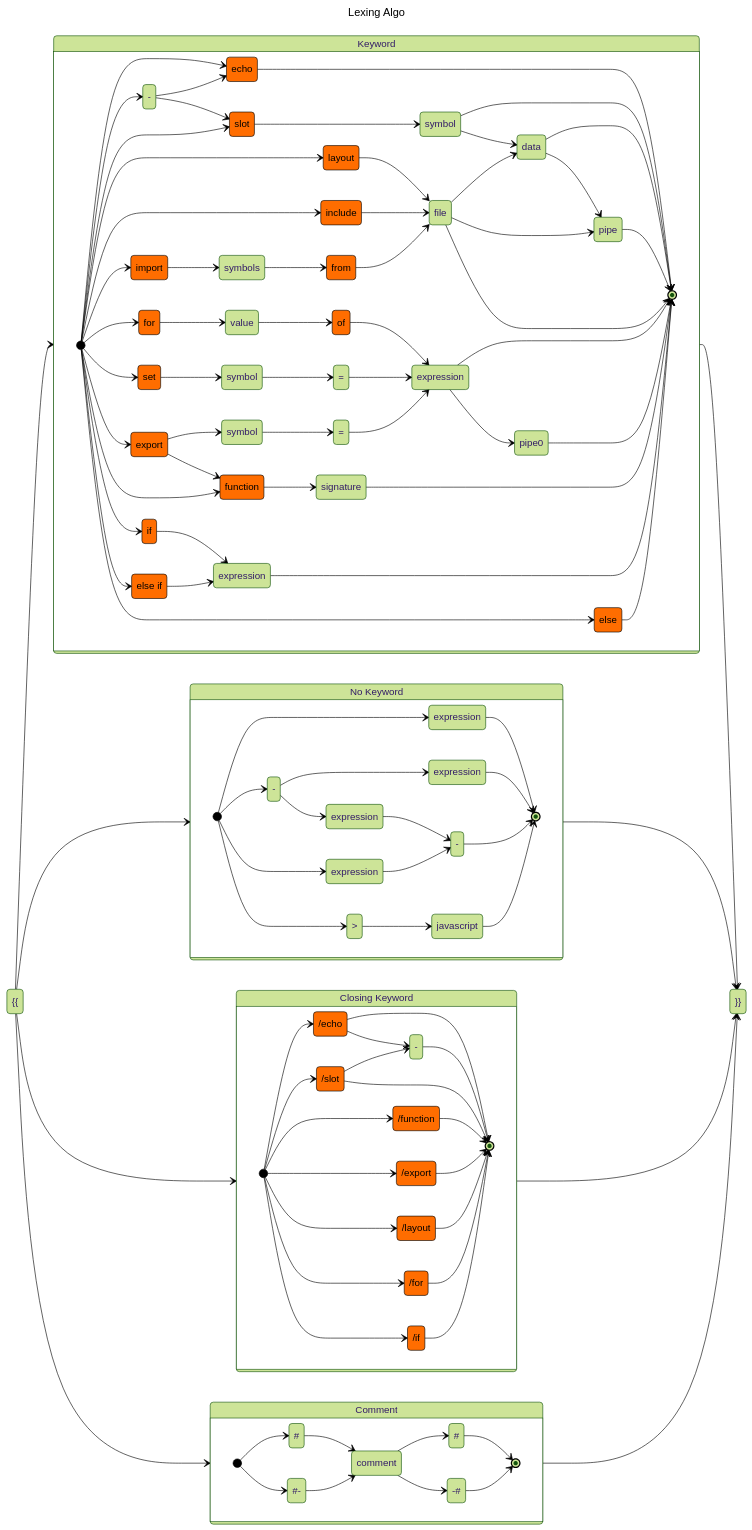
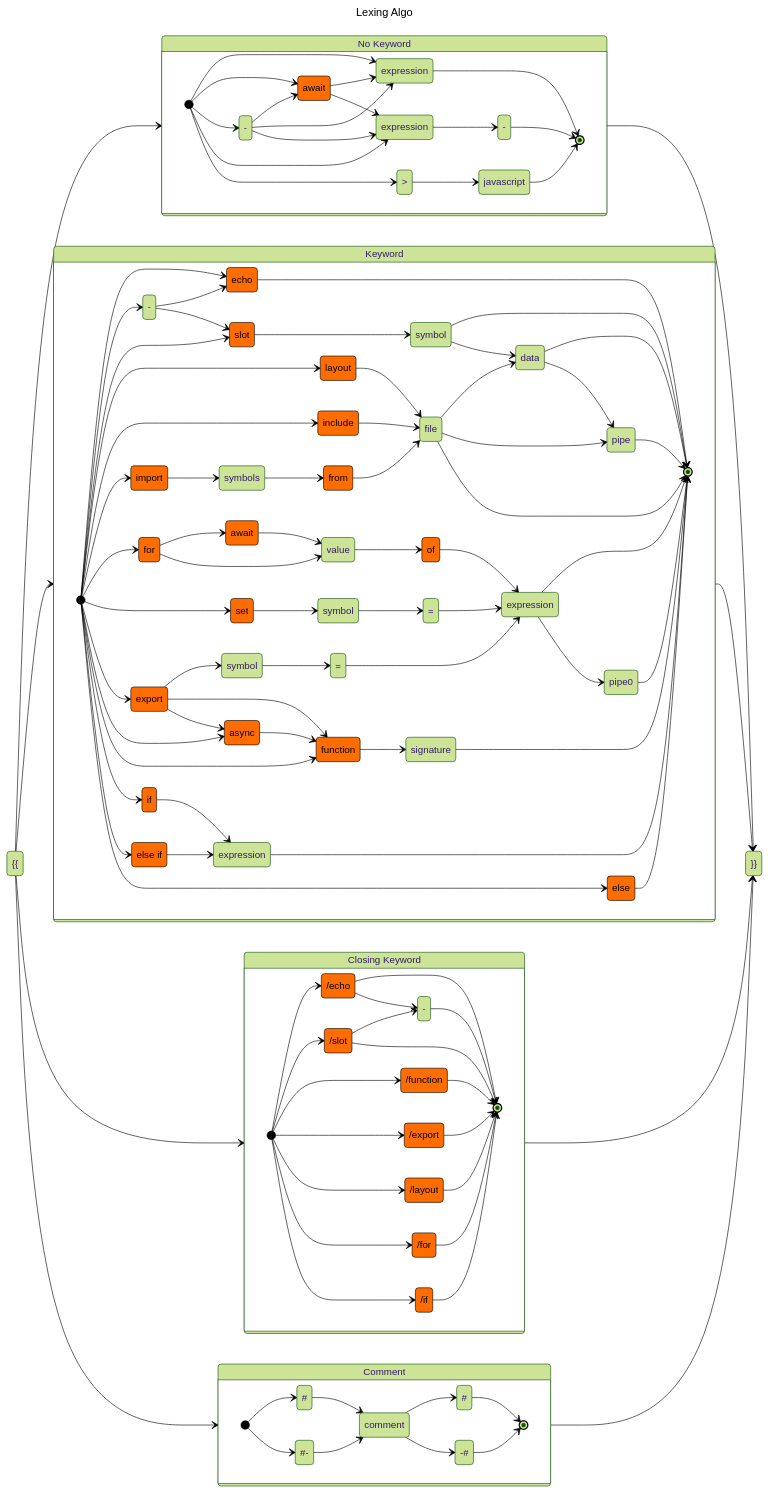
One commit to ventojs/webstorm-vento changed the first of 12 diagrams in statemachine-v2.md. Above: the diagram before and after it, drawn with Mermaid.

Commit message:
chore(docs): add `await` and `async` state transitions and styles in `statemachine-v2.md`
- Introduced new state transitions for `await` and `async` in the Mermaid diagram to reflect updated logic.
- Added custom styles for `await`, `await2`, and `async` states to enhance diagram clarity.

```diff
--- a/statemachine-v2.md
+++ b/statemachine-v2.md
@@ -75,6 +75,8 @@
         from --> file
 
         [*] --> for
+        for --> await
+        await --> value
         for --> value
         value --> of
         of --> kexp0
@@ -94,9 +96,12 @@
         [*] --> export
         export --> symbol
         export --> function
+        export --> async
         symbol --> eq2
         eq2 --> kexp0
 
+        [*] --> async
+        async --> function
         [*] --> function
         function --> statement0
 
@@ -149,23 +154,27 @@
     nokeyword: No Keyword
     state nokeyword {
         direction LR
-        state "expression" as exp
+
         state "expression" as exp1
         state "expression" as exp2
-        state "expression" as exp3
+
         state "javascript" as js
         state ">" as mjs
         state "-" as ontrim
         state "-" as cntrim
-        [*] --> exp
-        [*] --> exp3
+        state "await" as await2
+        ontrim --> await2
+        ontrim --> exp2
+        ontrim --> exp1
+        [*] --> exp2
+        [*] --> await2
+        await2--> exp2
+        [*] --> ontrim
+        [*] --> exp1
         [*] --> mjs
-        [*] --> ontrim
-        ontrim --> exp1
-        ontrim --> exp2
+        await2--> exp1
         exp1 --> cntrim
-        exp3 --> cntrim
-        exp --> [*]
+
         exp2 --> [*]
         cntrim --> [*]
         js --> [*]
@@ -194,11 +203,12 @@
     state "{{" as open
     state "}}" as close
 
+    open --> nokeyword
+    nokeyword --> close
+
     open --> keyword
     keyword --> close
 
-    open --> nokeyword
-    nokeyword --> close
 
     open --> ckeyword
     ckeyword --> close
@@ -220,6 +230,9 @@
     style if stroke:#000000,fill:#FF6D00,color:#000000
     style else stroke:#000000,fill:#FF6D00,color:#000000
     style elseif stroke:#000000,fill:#FF6D00,color:#000000
+    style await stroke:#000000,fill:#FF6D00,color:#000000
+    style await2 stroke:#000000,fill:#FF6D00,color:#000000
+    style async stroke:#000000,fill:#FF6D00,color:#000000
 
     style cecho stroke:#000000,fill:#FF6D00,color:#000000
     style cfunction stroke:#000000,fill:#FF6D00,color:#000000
```
